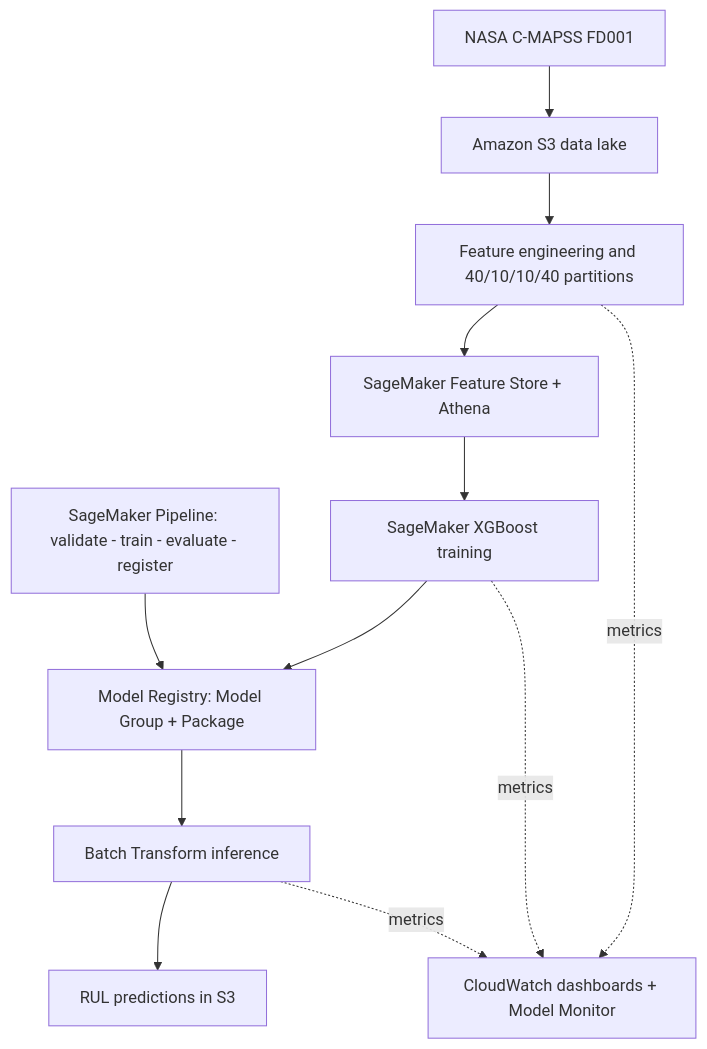
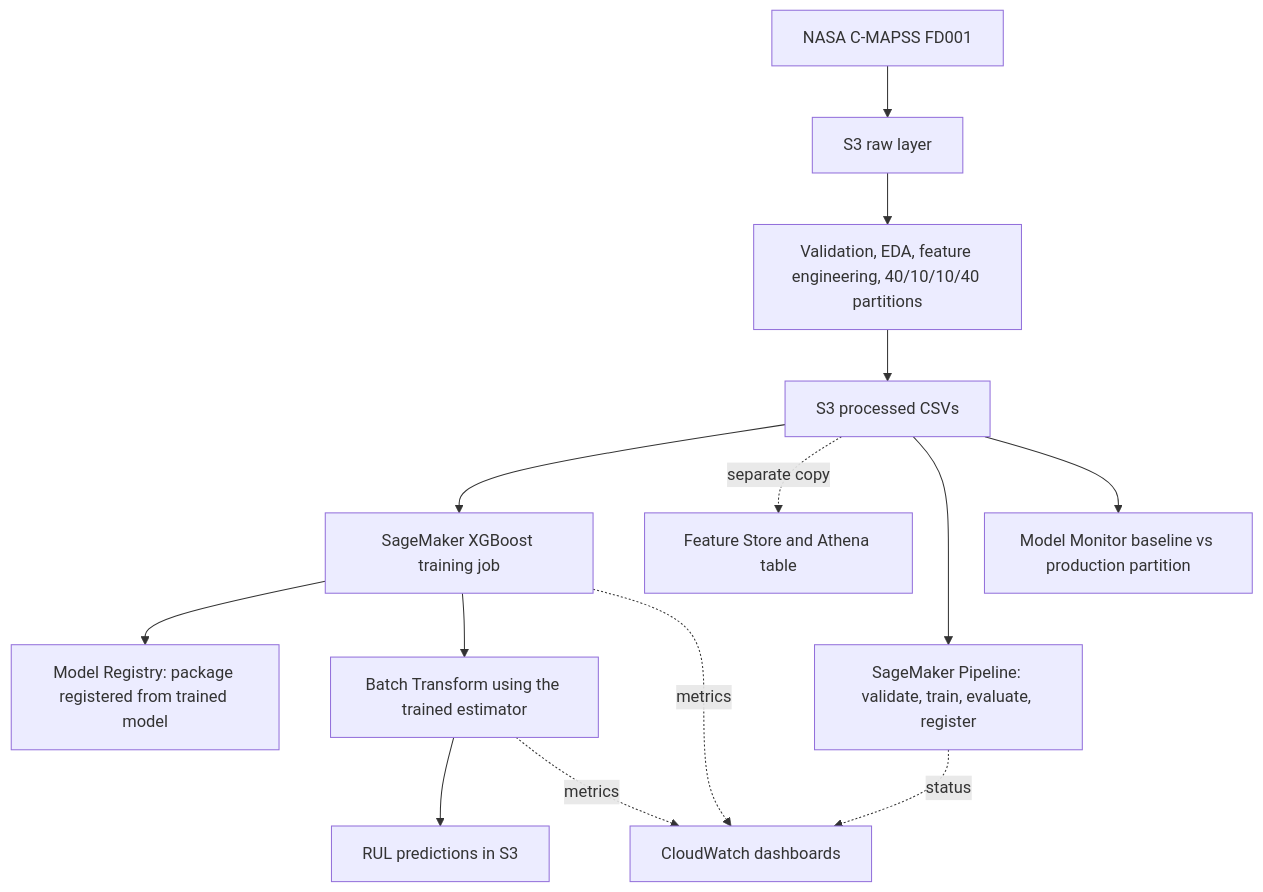
Before and after one commit to AndrewBlumhardt/usd-aai-540-turbofan-rul: the diagram in README.md, drawn with Mermaid. The commit also changed other lines of this file and 2 other files, not shown here.

Commit message:
Fix CloudWatch import path, correct architecture diagram, clarify reproduction and cleanup

````diff
--- a/README.md
+++ b/README.md
@@ -35,14 +35,16 @@
 ```mermaid
 flowchart TD
-    A[NASA C-MAPSS FD001] --> B[Amazon S3 data lake]
-    B --> C[Feature engineering and 40/10/10/40 partitions]
-    C --> FS[SageMaker Feature Store + Athena]
-    FS --> D[SageMaker XGBoost training]
-    D --> E[Model Registry: Model Group + Package]
-    E --> F[Batch Transform inference]
+    A[NASA C-MAPSS FD001] --> B[S3 raw layer]
+    B --> C[Validation, EDA, feature engineering, 40/10/10/40 partitions]
+    C --> P[S3 processed CSVs]
+    P --> D[SageMaker XGBoost training job]
+    P -. separate copy .-> FS[Feature Store and Athena table]
+    D --> R[Model Registry: package registered from trained model]
+    D --> F[Batch Transform using the trained estimator]
     F --> G[RUL predictions in S3]
-    P[SageMaker Pipeline: validate - train - evaluate - register] --> E
-    C -. metrics .-> H[CloudWatch dashboards + Model Monitor]
-    D -. metrics .-> H
-    F -. metrics .-> H
+    P --> PL[SageMaker Pipeline: validate, train, evaluate, register]
+    P --> MM[Model Monitor baseline vs production partition]
+    D -. metrics .-> CW[CloudWatch dashboards]
+    F -. metrics .-> CW
+    PL -. status .-> CW
 ```
````
